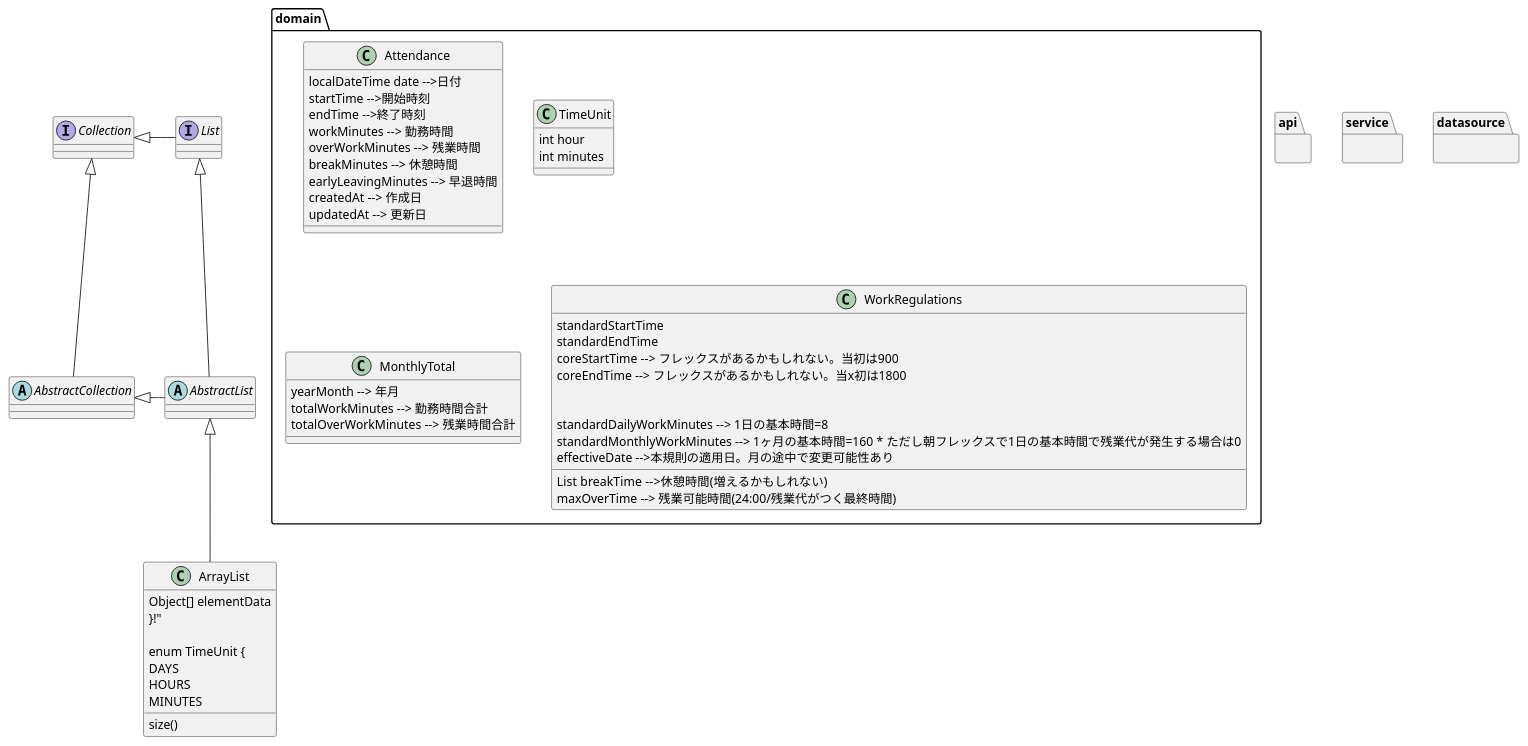
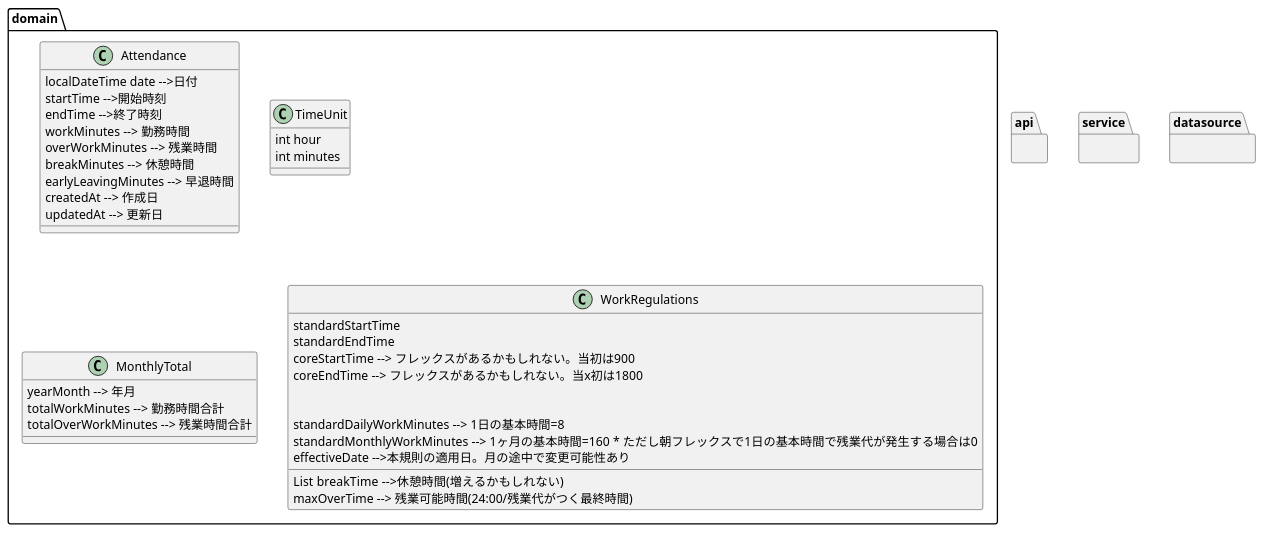
Before and after one commit to biglobe-isp/kintai: the diagram in etc/kintai_model.puml, drawn with PlantUML. The commit also changed 3 other files, not shown here.

```diff
--- a/etc/kintai_model.puml
+++ b/etc/kintai_model.puml
@@ -1,76 +1,57 @@
 @startuml
 
 package api {
 
 }
 
 package service {
 }
 
 package datasource {
 }
 
 package domain {
     class Attendance {
         localDateTime date -->日付
         startTime -->開始時刻
         endTime -->終了時刻
         workMinutes --> 勤務時間
         overWorkMinutes --> 残業時間
         breakMinutes --> 休憩時間
         earlyLeavingMinutes --> 早退時間
         createdAt --> 作成日
         updatedAt --> 更新日
     }
 
     class TimeUnit {
         int hour
         int minutes
     }
 
     class MonthlyTotal {
         yearMonth --> 年月
         totalWorkMinutes --> 勤務時間合計
         totalOverWorkMinutes --> 残業時間合計
     }
 
     class WorkRegulations {
         standardStartTime
         standardEndTime
         List breakTime  -->休憩時間(増えるかもしれない)
         coreStartTime --> フレックスがあるかもしれない。当初は900
         coreEndTime --> フレックスがあるかもしれない。当x初は1800
 
         maxOverTime --> 残業可能時間(24:00/残業代がつく最終時間)
 
         standardDailyWorkMinutes --> 1日の基本時間=8
         standardMonthlyWorkMinutes --> 1ヶ月の基本時間=160 * ただし朝フレックスで1日の基本時間で残業代が発生する場合は0
         effectiveDate -->本規則の適用日。月の途中で変更可能性あり
     }
-}
+
+    'できないといけないことをまとめる
+    '勤務時間算出
 
 
-abstract class AbstractList
-abstract AbstractCollection
-interface List
-interface Collection
-
-List <|-- AbstractList
-Collection <|-- AbstractCollection
-
-Collection <|- List
-AbstractCollection <|- AbstractList
-AbstractList <|-- ArrayList
-
-class ArrayList {
-Object[] elementData
-size()
-}!"
-
-enum TimeUnit {
-DAYS
-HOURS
-MINUTES
 }
 
 @enduml
```
